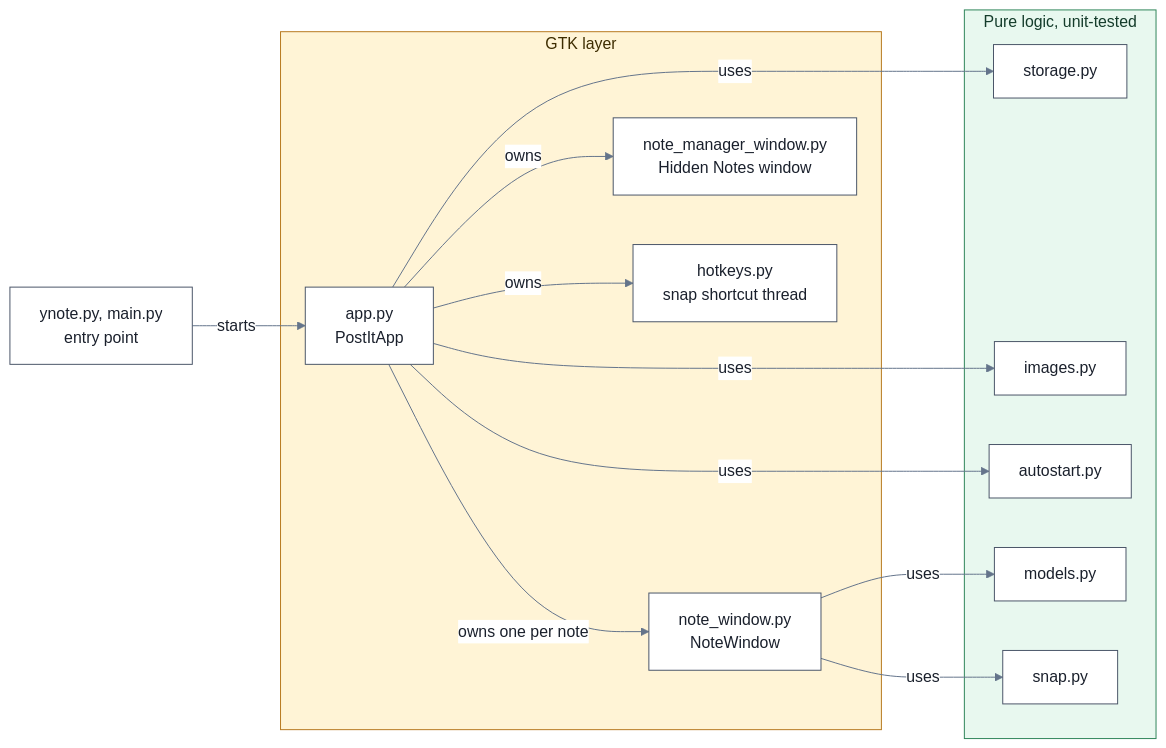
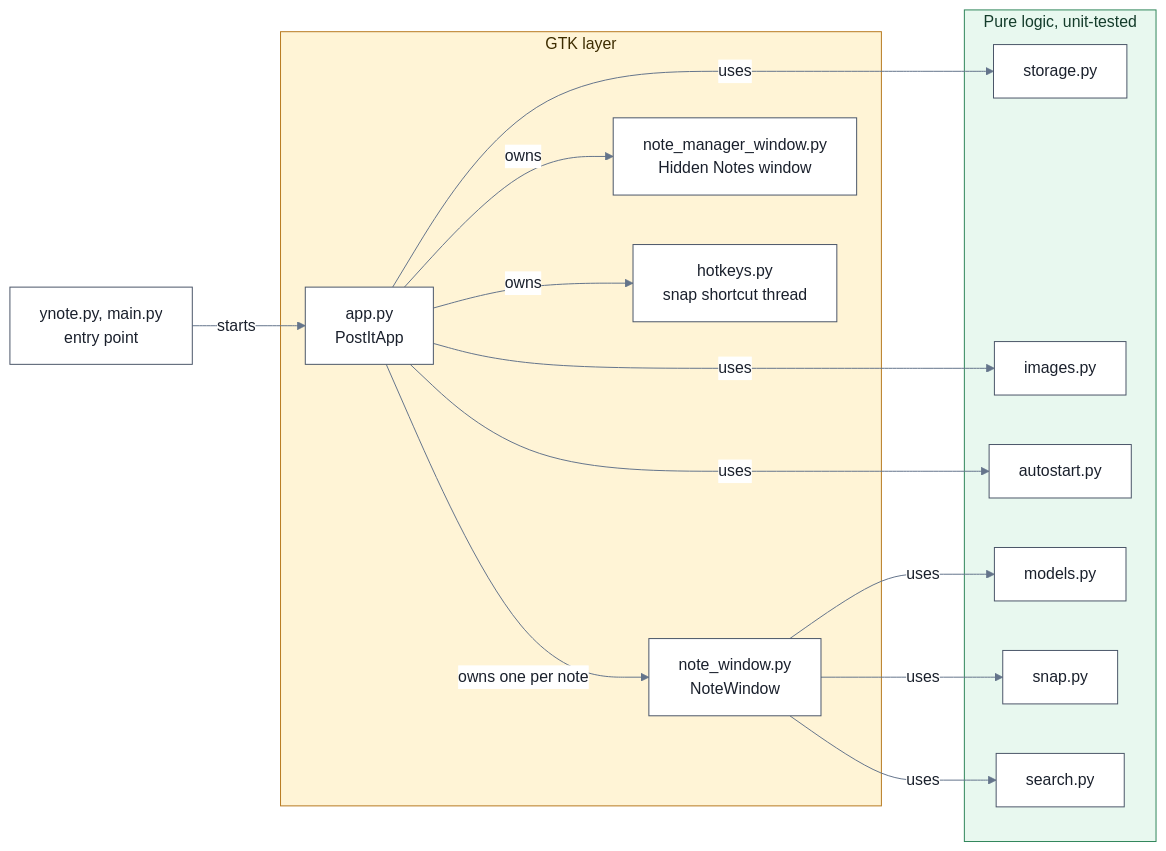
The first of 2 diagrams in ARCHITECTURE.md (vacu9708/ynote), drawn with Mermaid before and after one commit. The commit also changed other lines of this file and 6 other files, not shown here.

````diff
--- a/ARCHITECTURE.md
+++ b/ARCHITECTURE.md
@@ -13,35 +13,37 @@
 ```mermaid
 %%{init: {'theme': 'base', 'themeVariables': {'primaryColor': '#FFFFFF', 'primaryTextColor': '#1A202C', 'primaryBorderColor': '#4A5568', 'lineColor': '#64748B', 'edgeLabelBackground': '#FFFFFF', 'titleColor': '#1A202C'}}}%%
 flowchart LR
     Main["ynote.py, main.py<br/>entry point"]
 
     subgraph GTK["GTK layer"]
         App["app.py<br/>PostItApp"]
         Window["note_window.py<br/>NoteWindow"]
         Manager["note_manager_window.py<br/>Hidden Notes window"]
         Hotkeys["hotkeys.py<br/>snap shortcut thread"]
     end
 
     subgraph Pure["Pure logic, unit-tested"]
         Storage["storage.py"]
         Images["images.py"]
         Autostart["autostart.py"]
         Models["models.py"]
         Snap["snap.py"]
+        Search["search.py"]
     end
 
     Main -->|starts| App
     App -->|owns one per note| Window
     App -->|owns| Manager
     App -->|owns| Hotkeys
     App -->|uses| Storage
     App -->|uses| Images
     App -->|uses| Autostart
     Window -->|uses| Models
     Window -->|uses| Snap
+    Window -->|uses| Search
 
     classDef node fill:#FFFFFF,stroke:#4A5568,color:#1A202C
-    class Main,App,Window,Manager,Hotkeys,Storage,Images,Autostart,Models,Snap node
+    class Main,App,Window,Manager,Hotkeys,Storage,Images,Autostart,Models,Snap,Search node
     style GTK fill:#FFF4D6,stroke:#B7791F,color:#3D2C00
     style Pure fill:#E8F8EF,stroke:#2F855A,color:#143C2B
 ```
````
